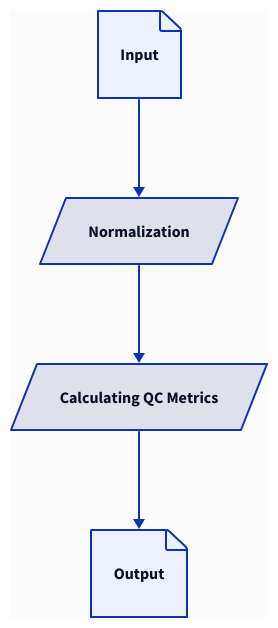
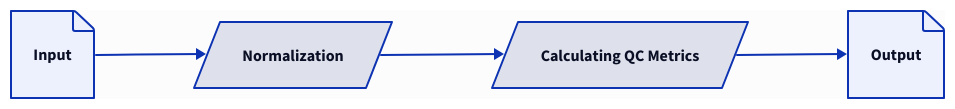
Diagram 11 of 15 in fundamentals/architecture.qmd (openpipelines-bio/website), drawn with D2 before and after one commit. The commit also changed other lines of this file, not shown here.

```diff
--- a/fundamentals/architecture.qmd
+++ b/fundamentals/architecture.qmd
@@ -539,27 +539,27 @@
-~~~{.d2 layout=elk height=750px}
-direction: down
+~~~{.d2 layout=elk pad=0}
+direction: right
 
 input: "Input" {
   shape: page
 }
 
 output: "Output" {
   shape: page
 }
 
 normalize: "Normalization" {
   shape: parallelogram
 }
 
 
 qc_metrics: "Calculating QC Metrics" {
   shape: parallelogram
 }
 
 input -> normalize -> qc_metrics -> output
 
 style: {
   fill: "#FCFCFC"
 }
 
 ~~~
```
